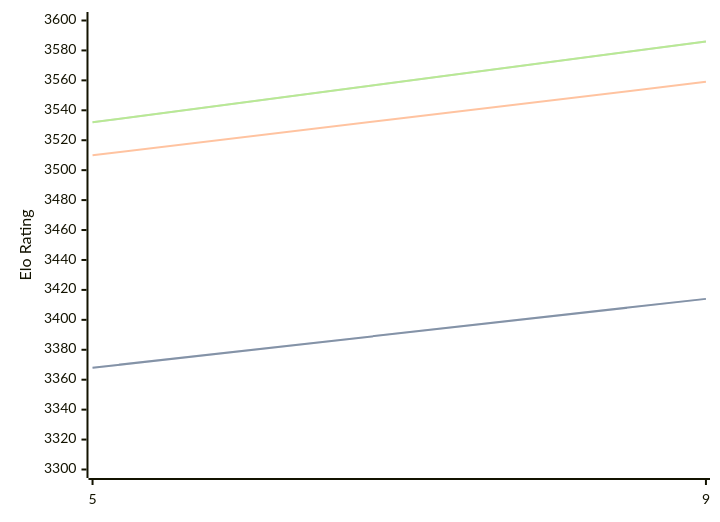
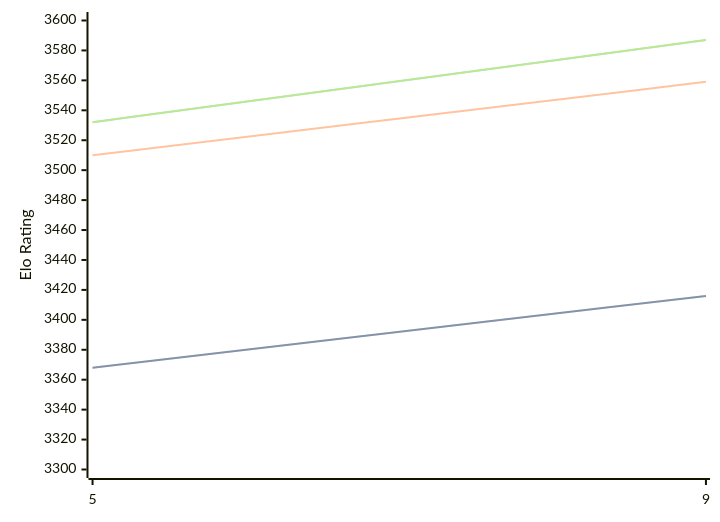
The first of 3 diagrams in engines/Crystal.md (computer-chess-index/cci), drawn with Mermaid before and after one commit. The commit also changed other lines of this file, not shown here.

Commit message:
Update CCI Ratings (ELO VLTC) - 2026-07-14

````diff
--- a/engines/Crystal.md
+++ b/engines/Crystal.md
@@ -60,11 +60,11 @@
 ```mermaid
 %%{init: {"theme":"base","themeVariables":{"seriesColors:['#a3a3a3','#222221','#faa371']}}}%%
 xychart-beta
   x-axis ["5", "9"]
   y-axis "Elo Rating" 3300 --> 3600
-  line "STC (8.0+0.08s)" [3368, 3414]
-  line "STC (8.0+0.08s)" [3368, 3414]
+  line "STC (8.0+0.08s)" [3368, 3416]
+  line "STC (8.0+0.08s)" [3368, 3416]
   line "LTC (60.0+0.60s)" [3510, 3559]
-  line "VLTC (2m24s+1.12s)" [3532, 3586]
-  line "VLTC (2m24s+1.12s)" [3532, 3586]
+  line "VLTC (2m24s+1.12s)" [3532, 3587]
+  line "VLTC (2m24s+1.12s)" [3532, 3587]
 ```
````
